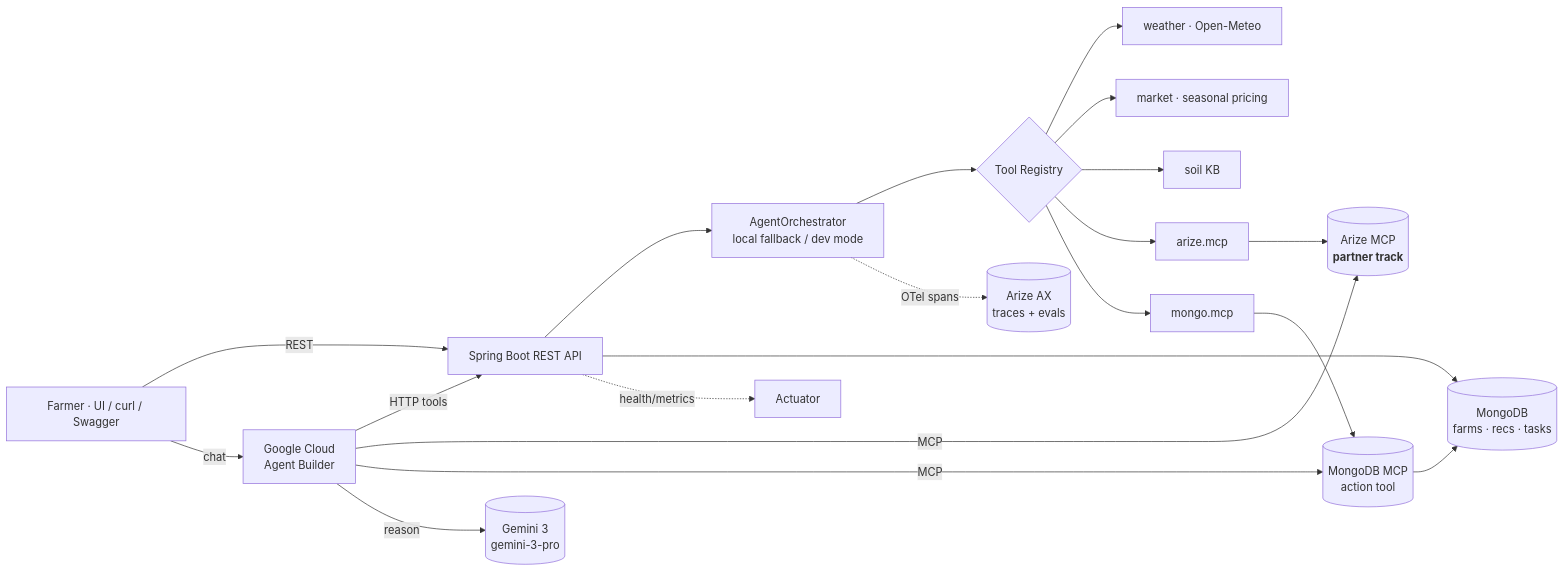
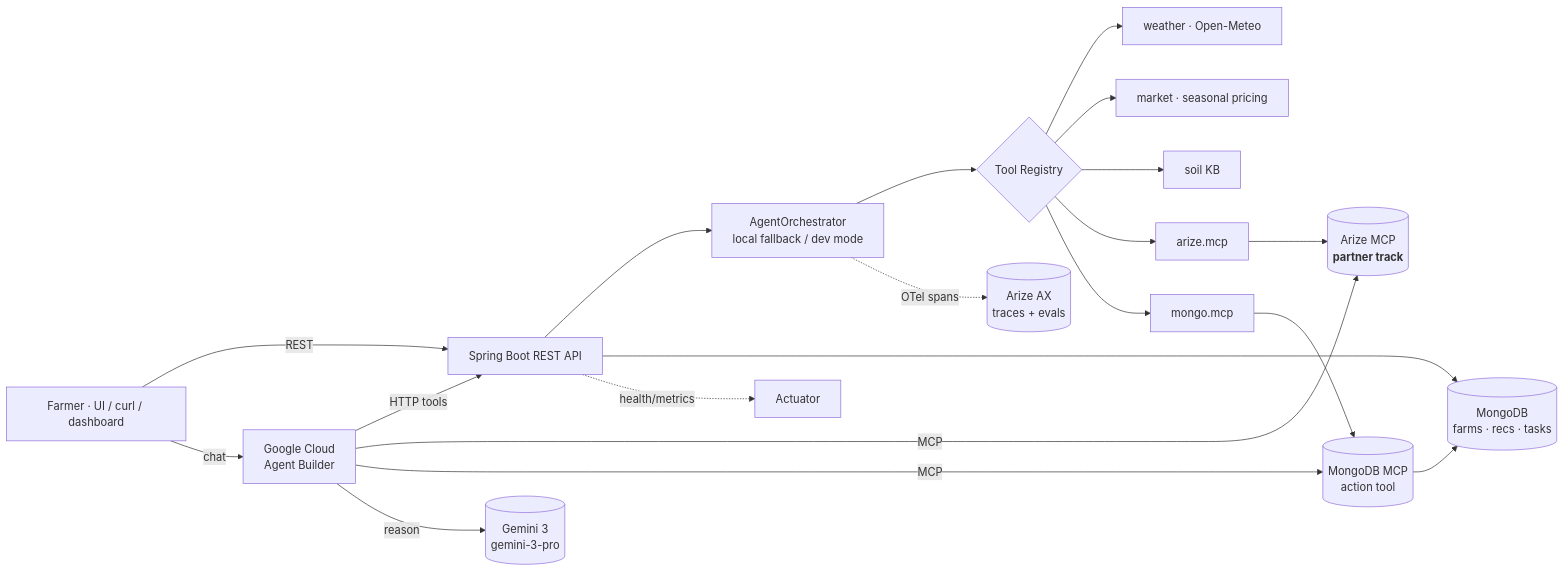
One commit to Surendra12345677/AgriGuardian-AI changed the diagram in README.md. Above: the diagram before and after it, drawn with Mermaid. The commit also changed other lines of this file and 8 other files, not shown here.

````diff
--- a/README.md
+++ b/README.md
@@ -59,23 +59,23 @@
 ```mermaid
 flowchart LR
-    U[Farmer · UI / curl / Swagger] -->|REST| API[Spring Boot REST API]
+    U[Farmer · UI / curl / dashboard] -->|REST| API[Spring Boot REST API]
     U -->|chat| AB[Google Cloud<br/>Agent Builder]
     AB -->|HTTP tools| API
     AB -->|MCP| ARIZE_MCP[(Arize MCP<br/><b>partner track</b>)]
     AB -->|MCP| MONGO_MCP[(MongoDB MCP<br/>action tool)]
     AB -->|reason| GEM[(Gemini 3<br/>gemini-3-pro)]
 
     API --> ORCH[AgentOrchestrator<br/>local fallback / dev mode]
     ORCH --> TOOLS{Tool Registry}
     TOOLS --> WX[weather · Open-Meteo]
     TOOLS --> MKT[market · seasonal pricing]
     TOOLS --> SOIL[soil KB]
     TOOLS --> A_MCP[arize.mcp]
     TOOLS --> M_MCP[mongo.mcp]
     A_MCP --> ARIZE_MCP
     M_MCP --> MONGO_MCP
     MONGO_MCP --> DB[(MongoDB<br/>farms · recs · tasks)]
     API --> DB
     ORCH -. OTel spans .-> ARIZE_AX[(Arize AX<br/>traces + evals)]
     API -. health/metrics .-> ACT[Actuator]
 ```
````
